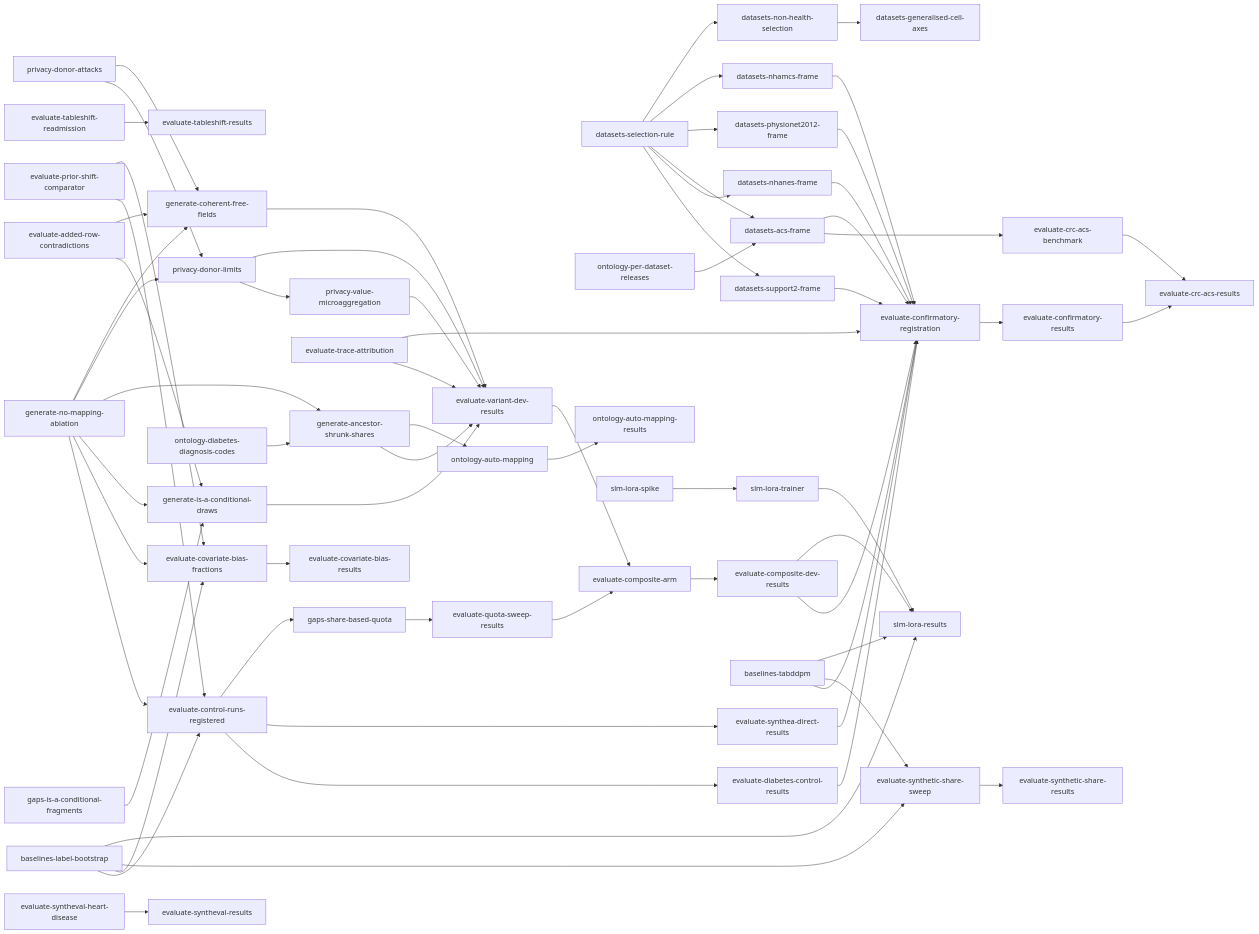
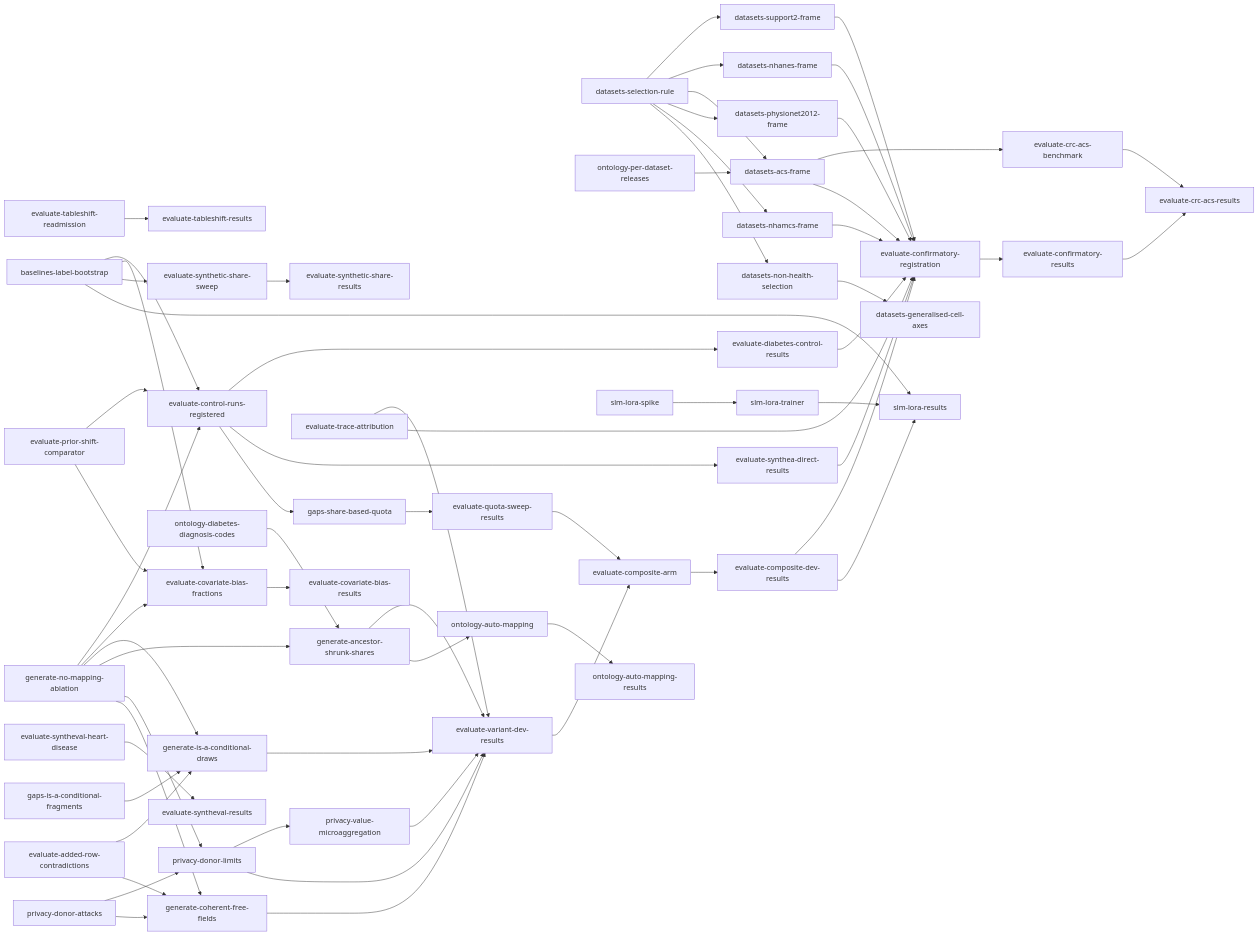
The diagram in tasks/direct-index.md (joe-dartmouth/synthetic), drawn with Mermaid before and after one commit. The commit also changed other lines of this file and 22 other files, not shown here.

````diff
--- a/tasks/direct-index.md
+++ b/tasks/direct-index.md
@@ -89,68 +88,65 @@
 ```mermaid
 flowchart LR
     u3[generate-no-mapping-ablation] --> u6[evaluate-control-runs-registered]
     u3 --> u37[evaluate-covariate-bias-fractions]
     u4[baselines-label-bootstrap] --> u6
     u4 --> u37
     u5[evaluate-prior-shift-comparator] --> u6
     u5 --> u37
     u37 --> u38[evaluate-covariate-bias-results]
     u39[evaluate-tableshift-readmission] --> u40[evaluate-tableshift-results]
     u6 --> u7[evaluate-diabetes-control-results]
     u6 --> u8[evaluate-synthea-direct-results]
     u3 --> u11[generate-is-a-conditional-draws]
     u10[gaps-is-a-conditional-fragments] --> u11
     u9[evaluate-added-row-contradictions] --> u11
     u3 --> u13[generate-ancestor-shrunk-shares]
     u12[ontology-diabetes-diagnosis-codes] --> u13
     u3 --> u15[privacy-donor-limits]
     u14[privacy-donor-attacks] --> u15
     u15 --> u16[privacy-value-microaggregation]
     u3 --> u17[generate-coherent-free-fields]
     u9 --> u17
     u14 --> u17
     u11 --> u19[evaluate-variant-dev-results]
     u13 --> u19
     u15 --> u19
     u16 --> u19
     u17 --> u19
     u18[evaluate-trace-attribution] --> u19
     u6 --> u20[gaps-share-based-quota]
     u20 --> u21[evaluate-quota-sweep-results]
     u23[datasets-selection-rule] --> u25[datasets-support2-frame]
     u23 --> u26[datasets-nhanes-frame]
     u23 --> u27[datasets-acs-frame]
     u24[ontology-per-dataset-releases] --> u27
     u27 --> u41[evaluate-crc-acs-benchmark]
     u23 --> u47[datasets-physionet2012-frame]
     u23 --> u48[datasets-nhamcs-frame]
     u23 --> u49[datasets-non-health-selection]
     u49 --> u50[datasets-generalised-cell-axes]
     u43[evaluate-syntheval-heart-disease] --> u44[evaluate-syntheval-results]
     u19 --> u28[evaluate-composite-arm]
     u21 --> u28
     u28 --> u29[evaluate-composite-dev-results]
     u7 --> u30[evaluate-confirmatory-registration]
     u8 --> u30
     u18 --> u30
-    u22[baselines-tabddpm] --> u30
     u4 --> u45[evaluate-synthetic-share-sweep]
-    u22 --> u45
     u45 --> u46[evaluate-synthetic-share-results]
     u25 --> u30
     u26 --> u30
     u27 --> u30
     u47 --> u30
     u48 --> u30
     u29 --> u30
     u30 --> u31[evaluate-confirmatory-results]
     u41 --> u42[evaluate-crc-acs-results]
     u31 --> u42
     u13 --> u32[ontology-auto-mapping]
     u32 --> u33[ontology-auto-mapping-results]
     u34[slm-lora-spike] --> u35[slm-lora-trainer]
     u29 --> u36[slm-lora-results]
     u35 --> u36
     u4 --> u36
-    u22 --> u36
 ```
````
